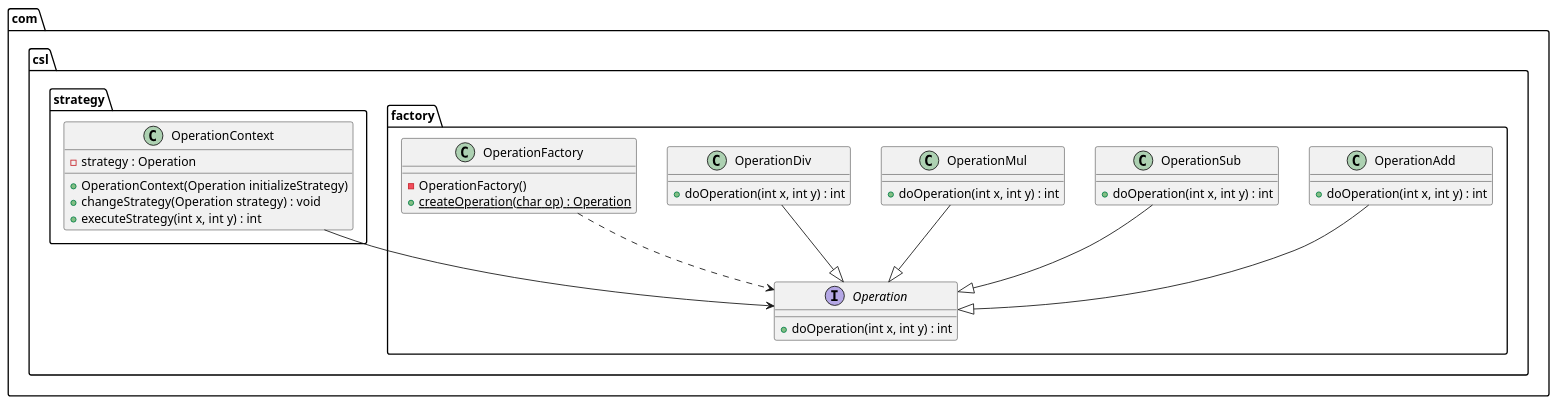
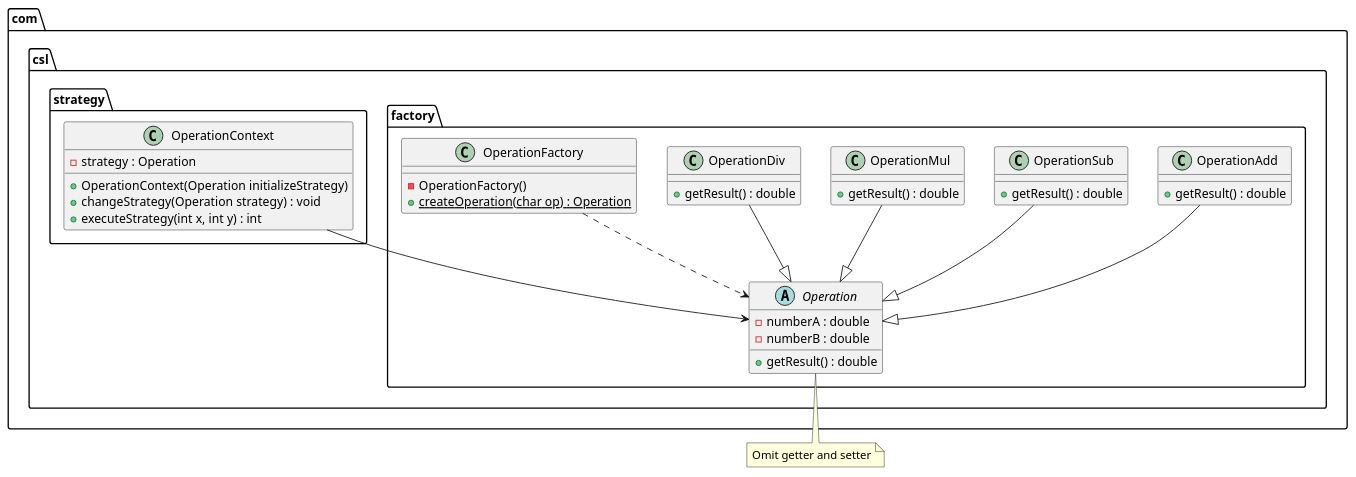
Before and after one commit to maolonglong/java-design-pattern: the diagram in strategy/etc/strategy.puml, drawn with PlantUML. The commit also changed 13 other files, not shown here.

```diff
--- a/strategy/etc/strategy.puml
+++ b/strategy/etc/strategy.puml
@@ -1,37 +1,40 @@
 @startuml
 package com.csl.factory {
-    interface Operation {
-        + doOperation(int x, int y) : int
+    abstract class Operation {
+        - numberA : double
+        - numberB : double
+        + getResult() : double
     }
     class OperationAdd {
-        + doOperation(int x, int y) : int
+        + getResult() : double
     }
     class OperationSub {
-        + doOperation(int x, int y) : int
+        + getResult() : double
     }
     class OperationMul {
-        + doOperation(int x, int y) : int
+        + getResult() : double
     }
     class OperationDiv {
-        + doOperation(int x, int y) : int
+        + getResult() : double
     }
     class OperationFactory {
         - OperationFactory()
         + {static} createOperation(char op) : Operation
     }
 }
 package com.csl.strategy {
     class OperationContext {
         - strategy : Operation
         + OperationContext(Operation initializeStrategy)
         + changeStrategy(Operation strategy) : void
         + executeStrategy(int x, int y) : int
     }
 }
+note bottom of Operation : Omit getter and setter
 OperationAdd --|> Operation
 OperationSub --|> Operation
 OperationMul --|> Operation
 OperationDiv --|> Operation
 OperationFactory ..> Operation
 OperationContext --> Operation
 @enduml
```
